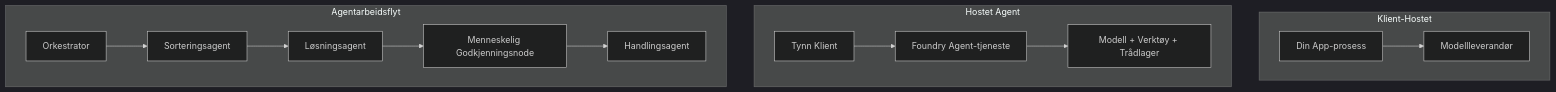
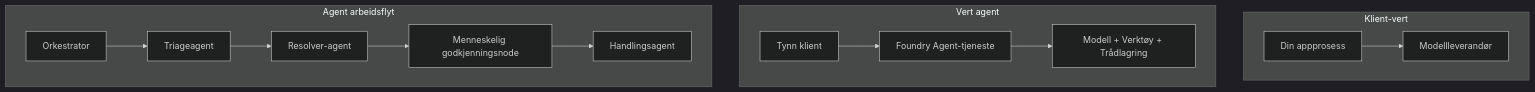
The first of 4 diagrams in mirrors/repos/microsoft@ai-agents-for-beginners/translations/no/16-deploying-scalable-agents/README.md (gabrielmoreira/agent-skills-mirror), drawn with Mermaid (dark theme) before and after one commit. The commit also changed other lines of this file and 3581 other files, not shown here.

````diff
--- a/mirrors/repos/microsoft@ai-agents-for-beginners/translations/no/16-deploying-scalable-agents/README.md
+++ b/mirrors/repos/microsoft@ai-agents-for-beginners/translations/no/16-deploying-scalable-agents/README.md
@@ -87,16 +87,16 @@
 ```mermaid
 flowchart TB
-    subgraph P1[Klient-Hostet]
-        A1[Din App-prosess] --> M1[Modellleverandør]
+    subgraph P1[Klient-vert]
+        A1[Din appprosess] --> M1[Modellleverandør]
     end
-    subgraph P2[Hostet Agent]
-        A2[Tynn Klient] --> F2[Foundry Agent-tjeneste]
-        F2 --> M2[Modell + Verktøy + Trådlager]
+    subgraph P2[Vert agent]
+        A2[Tynn klient] --> F2[Foundry Agent-tjeneste]
+        F2 --> M2[Modell + Verktøy + Trådlagring]
     end
-    subgraph P3[Agentarbeidsflyt]
-        A3[Orkestrator] --> S1[Sorteringsagent]
-        S1 --> S2[Løsningsagent]
-        S2 --> H[Menneskelig Godkjenningsnode]
+    subgraph P3[Agent arbeidsflyt]
+        A3[Orkestrator] --> S1[Triageagent]
+        S1 --> S2[Resolver-agent]
+        S2 --> H[Menneskelig godkjenningsnode]
         H --> S3[Handlingsagent]
     end
 ```
````
